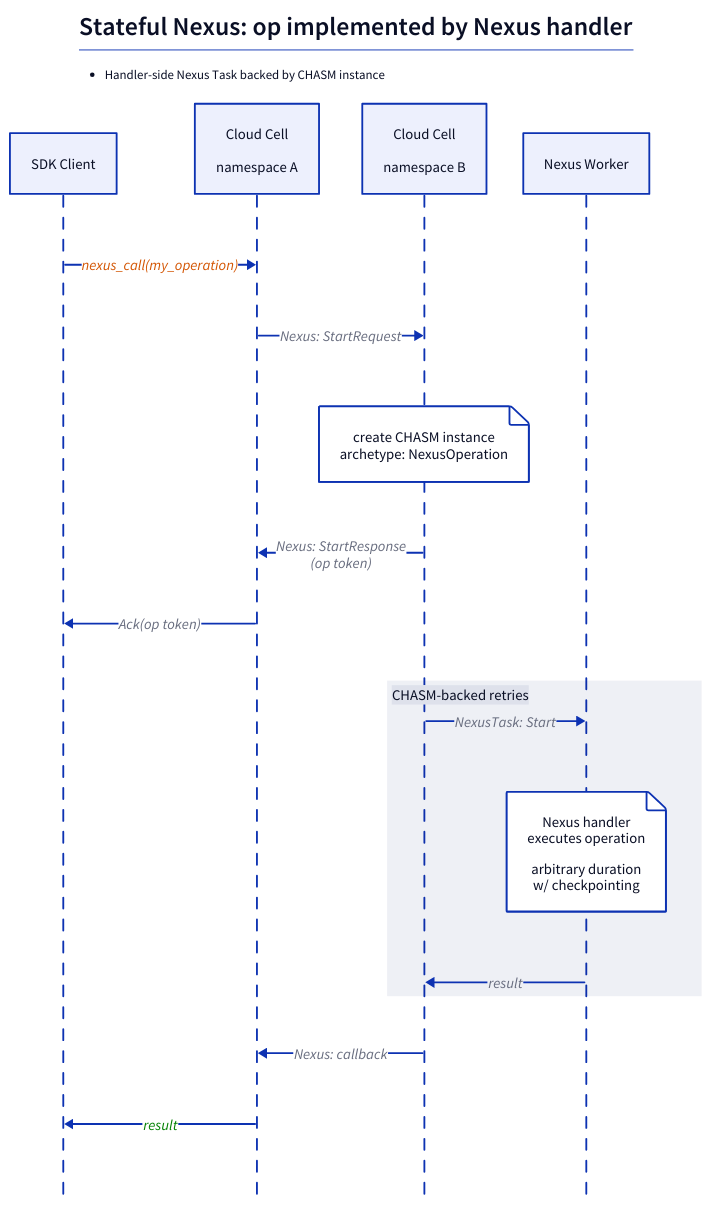
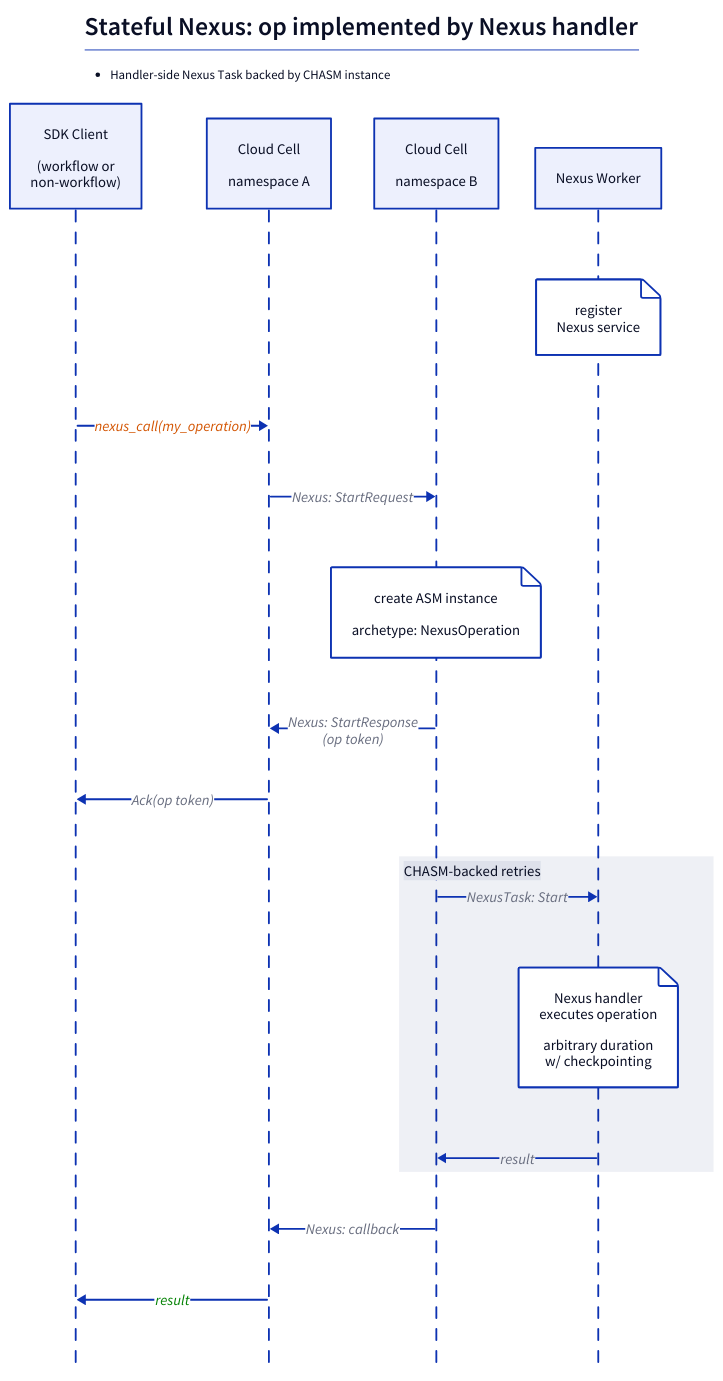
One commit to dandavison/temporalio-notes changed the diagram in diagrams/nexus-3-stateful-op-backed-by-handler.d2. Above: the diagram before and after it, drawn with D2. The commit also changed 3 other files, not shown here.

```diff
--- a/diagrams/nexus-3-stateful-op-backed-by-handler.d2
+++ b/diagrams/nexus-3-stateful-op-backed-by-handler.d2
@@ -1,46 +1,47 @@
 shape: sequence_diagram
 
 direction: down
 
 explanation: |md
   # Stateful Nexus: op implemented by Nexus handler
   - Handler-side Nexus Task backed by CHASM instance
 | {
   near: top-center
   style.font-size: 14
 }
 
 CA: {
-  label: "SDK Client"
+  label: "SDK Client\n\n(workflow or\nnon-workflow)"
 }
 
 SA: {
   label: "Cloud Cell\n\nnamespace A"
 }
 
 SB: {
   label: "Cloud Cell\n\nnamespace B"
 }
 
 NWB: {
   label: "Nexus Worker"
 }
 
+NWB.1: "register\nNexus service"
 CA -> SA: nexus_call(my_operation) {
   style.font-color: "#D35400"
 }
 SA -> SB: Nexus: StartRequest
-SB.note: create CHASM instance\narchetype: NexusOperation
+SB.note: create ASM instance\n\narchetype: NexusOperation
 SB -> SA: Nexus: StartResponse\n(op token)
 SA -> CA: Ack(op token)
 
 with_retries: "CHASM-backed retries" {
   SB -> NWB: NexusTask: Start
   NWB.note: "Nexus handler\nexecutes operation\n\narbitrary duration\nw/ checkpointing"
   NWB -> SB: result
 }
 
 SB -> SA: Nexus: callback
 SA -> CA: result {
   style.font-color: "green"
 }
```
